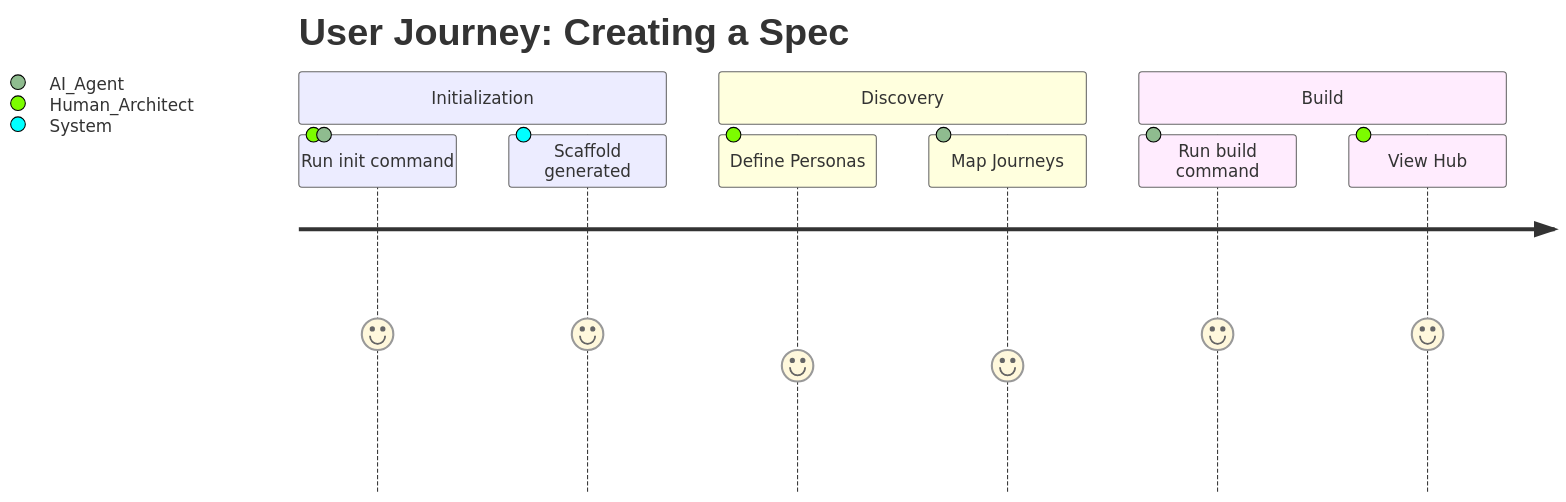
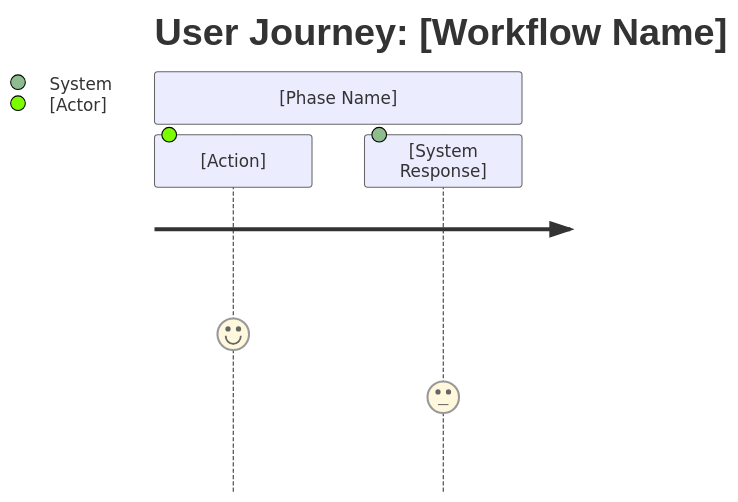
One commit to futurefoundai/foundryspec changed the diagram in foundryspec/assets/discovery/journeys.mermaid. Above: the diagram before and after it, drawn with Mermaid. The commit also changed 20 other files, not shown here.

```diff
--- a/foundryspec/assets/discovery/journeys.mermaid
+++ b/foundryspec/assets/discovery/journeys.mermaid
@@ -1,15 +1,11 @@
 ---
-title: User Journeys
-description: Core workflows for Humans and Agents using FoundrySpec.
+title: User Journey
+description: High-level workflow visualization.
+traceability:
+  uplink: "PER_EndUser"
 ---
 journey
-    title User Journey: Creating a Spec
-    section Initialization
-      Run init command: 5: Human_Architect, AI_Agent
-      Scaffold generated: 5: System
-    section Discovery
-      Define Personas: 4: Human_Architect
-      Map Journeys: 4: AI_Agent
-    section Build
-      Run build command: 5: AI_Agent
-      View Hub: 5: Human_Architect
+    title User Journey: [Workflow Name]
+    section [Phase Name]
+      [Action]: 5: [Actor]
+      [System Response]: 3: System
```
